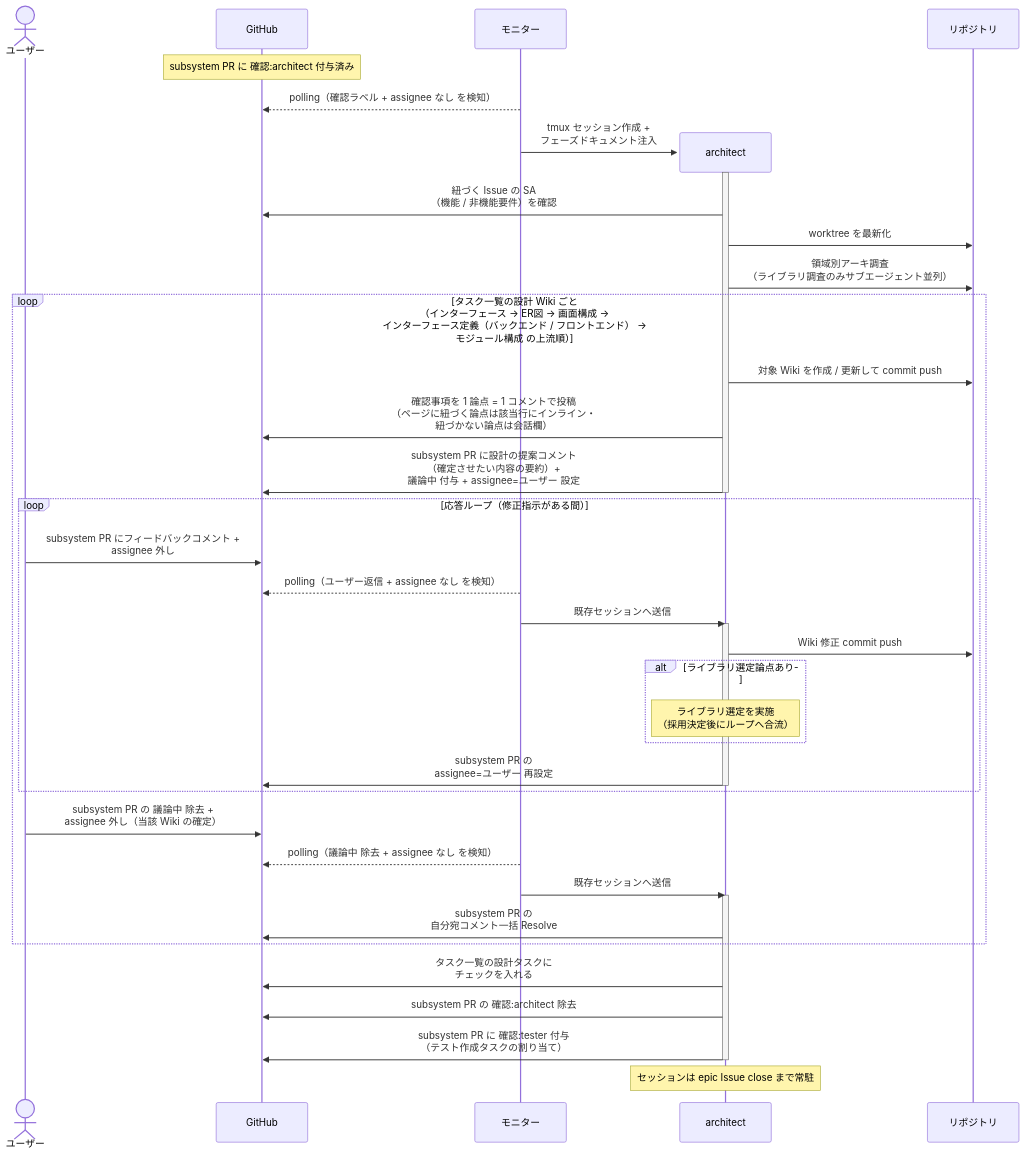
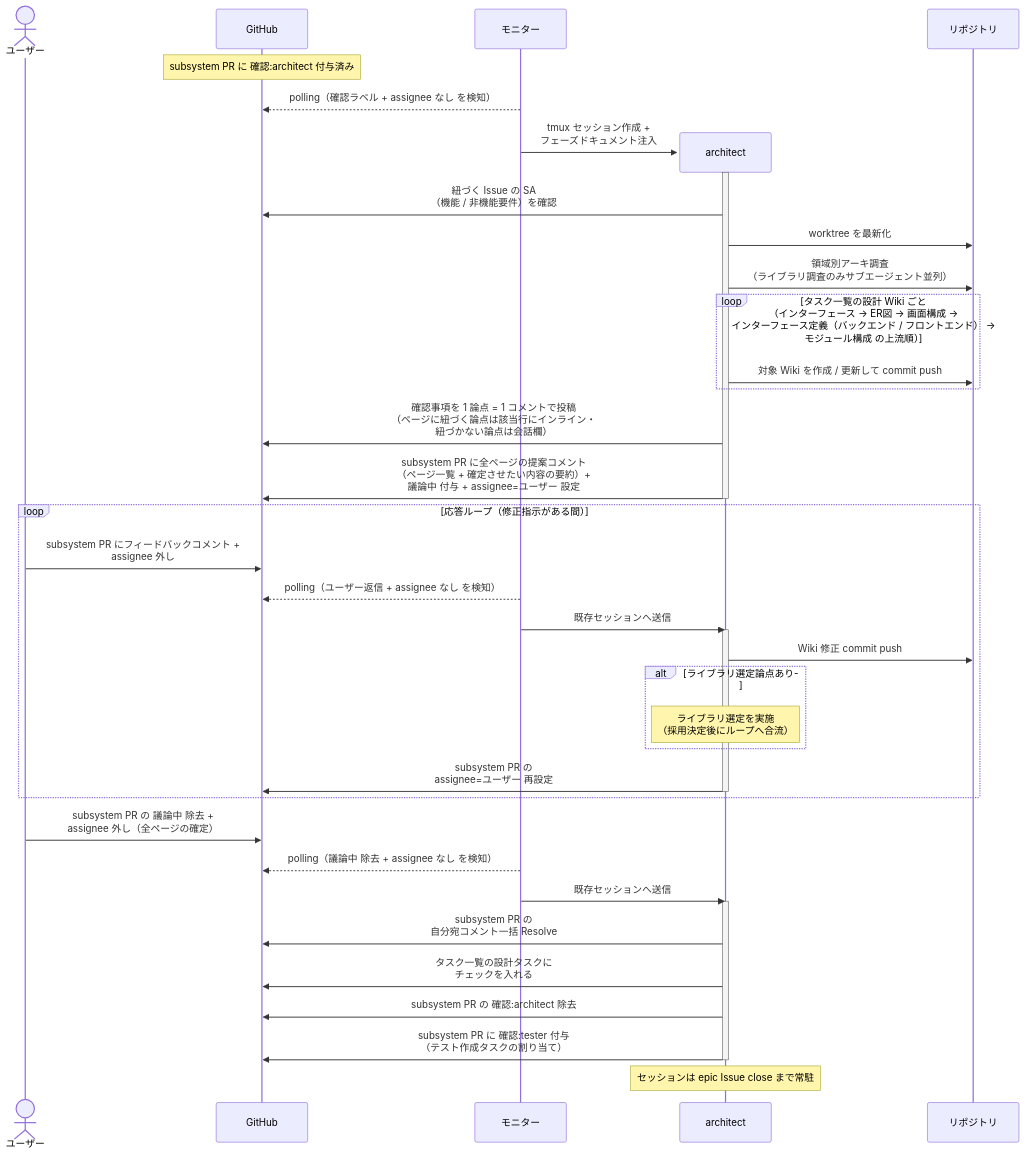
Before and after one commit to shuhei1101/ai-monitor: the first of 7 diagrams in docs/wiki/設計図/シナリオ/単一ユースケース/SS設計.md, drawn with Mermaid. The commit also changed other lines of this file and 22 other files, not shown here.

````diff
--- a/docs/wiki/設計図/シナリオ/単一ユースケース/SS設計.md
+++ b/docs/wiki/設計図/シナリオ/単一ユースケース/SS設計.md
@@ -31,48 +31,49 @@
 ```mermaid
 sequenceDiagram
   actor U as ユーザー
   participant GH as GitHub
   participant ORC as モニター
 
   Note over GH: subsystem PR に 確認:architect 付与済み
   ORC-->>GH: polling（確認ラベル + assignee なし を検知）
   create participant MON as architect
   ORC->>MON: tmux セッション作成 +<br>フェーズドキュメント注入
   participant REPO as リポジトリ
   activate MON
   MON->>GH: 紐づく Issue の SA<br>（機能 / 非機能要件）を確認
   MON->>REPO: worktree を最新化
   MON->>REPO: 領域別アーキ調査<br>（ライブラリ調査のみサブエージェント並列）
 
   loop タスク一覧の設計 Wiki ごと<br>（インターフェース → ER図 → 画面構成 →<br>インターフェース定義（バックエンド / フロントエンド） →<br>モジュール構成 の上流順）
     MON->>REPO: 対象 Wiki を作成 / 更新して commit push
-    MON->>GH: 確認事項を 1 論点 = 1 コメントで投稿<br>（ページに紐づく論点は該当行にインライン・<br>紐づかない論点は会話欄）
-    MON->>GH: subsystem PR に設計の提案コメント<br>（確定させたい内容の要約）+<br>議論中 付与 + assignee=ユーザー 設定
-    deactivate MON
+  end
 
-    loop 応答ループ（修正指示がある間）
-      U->>GH: subsystem PR にフィードバックコメント +<br>assignee 外し
-      ORC-->>GH: polling（ユーザー返信 + assignee なし を検知）
-      ORC->>MON: 既存セッションへ送信
-      activate MON
-      MON->>REPO: Wiki 修正 commit push
-      alt ライブラリ選定論点あり
-        Note over MON: ライブラリ選定を実施<br>（採用決定後にループへ合流）
-      end
-      MON->>GH: subsystem PR の<br>assignee=ユーザー 再設定
-      deactivate MON
-    end
+  MON->>GH: 確認事項を 1 論点 = 1 コメントで投稿<br>（ページに紐づく論点は該当行にインライン・<br>紐づかない論点は会話欄）
+  MON->>GH: subsystem PR に全ページの提案コメント<br>（ページ一覧 + 確定させたい内容の要約）+<br>議論中 付与 + assignee=ユーザー 設定
+  deactivate MON
 
-    U->>GH: subsystem PR の 議論中 除去 +<br>assignee 外し（当該 Wiki の確定）
-    ORC-->>GH: polling（議論中 除去 + assignee なし を検知）
+  loop 応答ループ（修正指示がある間）
+    U->>GH: subsystem PR にフィードバックコメント +<br>assignee 外し
+    ORC-->>GH: polling（ユーザー返信 + assignee なし を検知）
     ORC->>MON: 既存セッションへ送信
     activate MON
-    MON->>GH: subsystem PR の<br>自分宛コメント一括 Resolve
+    MON->>REPO: Wiki 修正 commit push
+    alt ライブラリ選定論点あり
+      Note over MON: ライブラリ選定を実施<br>（採用決定後にループへ合流）
+    end
+    MON->>GH: subsystem PR の<br>assignee=ユーザー 再設定
+    deactivate MON
   end
+
+  U->>GH: subsystem PR の 議論中 除去 +<br>assignee 外し（全ページの確定）
+  ORC-->>GH: polling（議論中 除去 + assignee なし を検知）
+  ORC->>MON: 既存セッションへ送信
+  activate MON
+  MON->>GH: subsystem PR の<br>自分宛コメント一括 Resolve
 
   MON->>GH: タスク一覧の設計タスクに<br>チェックを入れる
   MON->>GH: subsystem PR の 確認:architect 除去
   MON->>GH: subsystem PR に 確認:tester 付与<br>（テスト作成タスクの割り当て）
   deactivate MON
   Note over MON: セッションは epic Issue close まで常駐
 ```
````
